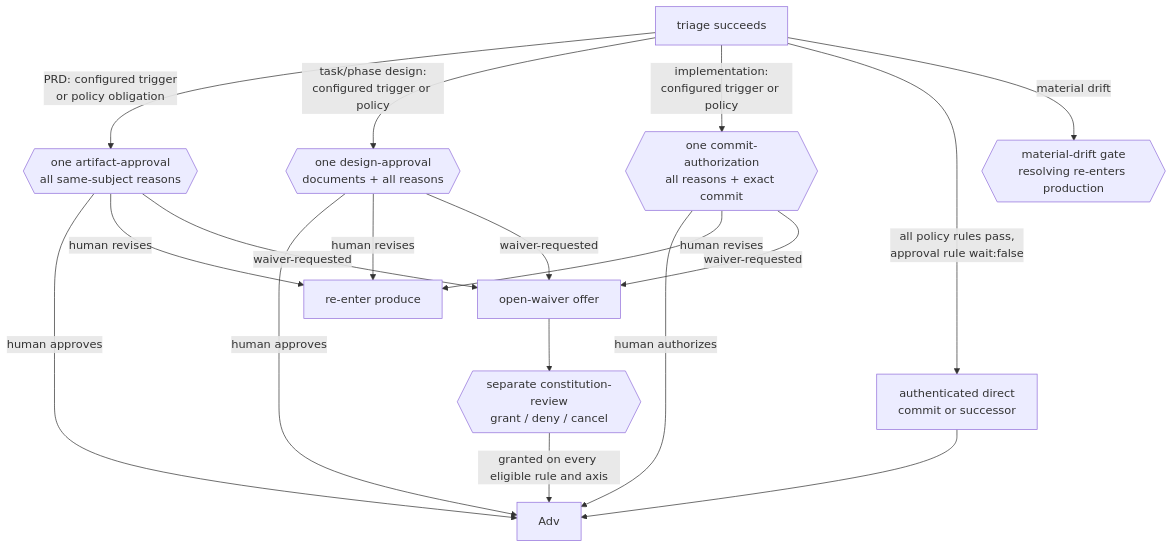
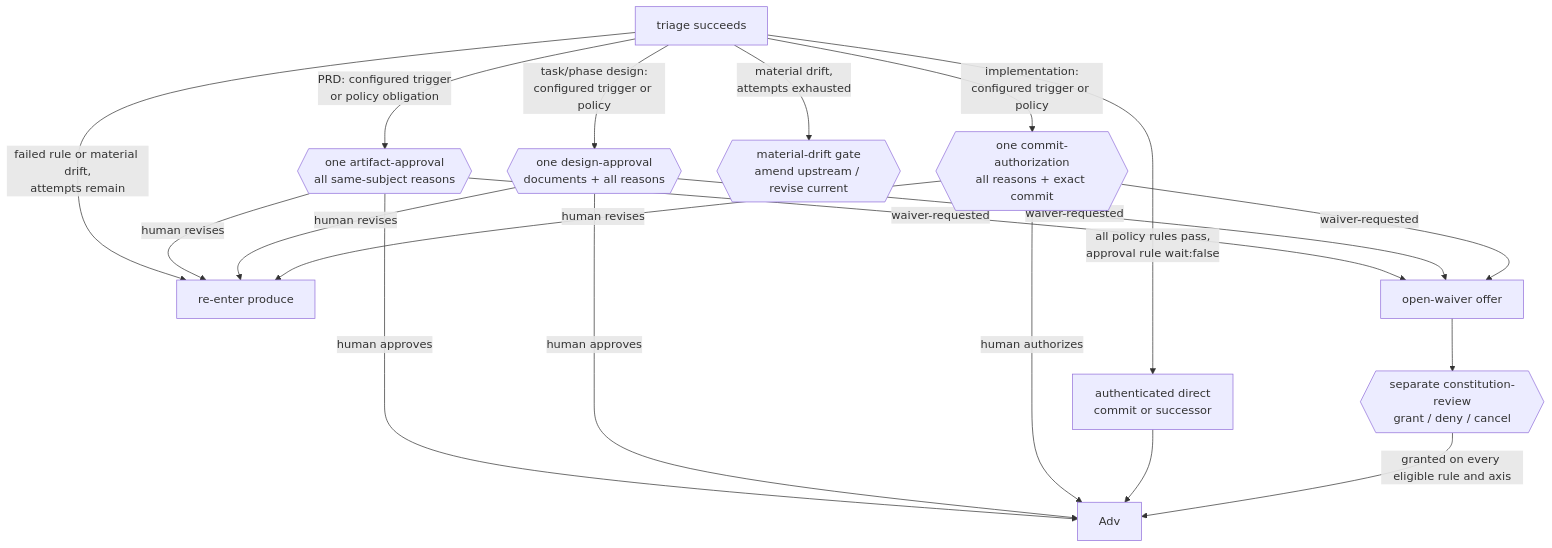
One commit to Aroton/ArchflowV2 changed the second of 2 diagrams in docs/review/COUNTER-REVIEW.md. Above: the diagram before and after it, drawn with Mermaid. The commit also changed other lines of this file and 54 other files, not shown here.

First line of the commit message:
Make phase design and implementation autonomous by default; keep humans over the architecture

````diff
--- a/docs/review/COUNTER-REVIEW.md
+++ b/docs/review/COUNTER-REVIEW.md
@@ -139,20 +139,21 @@
 ```mermaid
 flowchart TB
     T[triage succeeds] -->|"PRD: configured trigger<br/>or policy obligation"| AA{{"one artifact-approval<br/>all same-subject reasons"}}
     T -->|"task/phase design:<br/>configured trigger or policy"| DA{{"one design-approval<br/>documents + all reasons"}}
     T -->|"implementation:<br/>configured trigger or policy"| CI{{"one commit-authorization<br/>all reasons + exact commit"}}
     T -->|"all policy rules pass,<br/>approval rule wait:false"| Direct["authenticated direct<br/>commit or successor"]
-    T -->|"material drift"| GD{{"material-drift gate<br/>resolving re-enters production"}}
+    T -->|"failed rule or material drift,<br/>attempts remain"| P
+    T -->|"material drift,<br/>attempts exhausted"| GD{{"material-drift gate<br/>amend upstream / revise current"}}
     AA -->|human approves| Adv
     DA -->|human approves| Adv
     CI -->|human authorizes| Adv
     Direct --> Adv
     AA -->|human revises| P[re-enter produce]
     DA -->|human revises| P
     CI -->|human revises| P
     AA -->|"waiver-requested"| W["open-waiver offer"]
     DA -->|"waiver-requested"| W
     CI -->|"waiver-requested"| W
     W --> WG{{"separate constitution-review<br/>grant / deny / cancel"}}
     WG -->|granted on every eligible rule and axis| Adv
 ```
````
